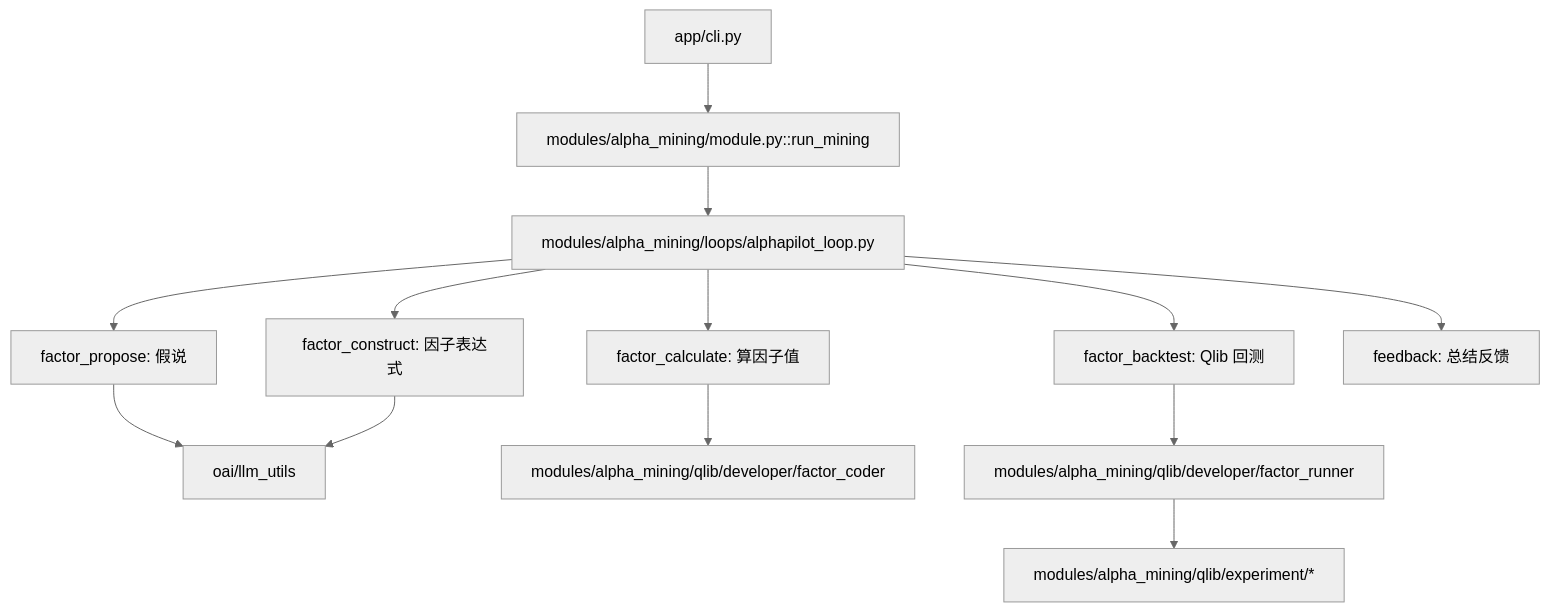
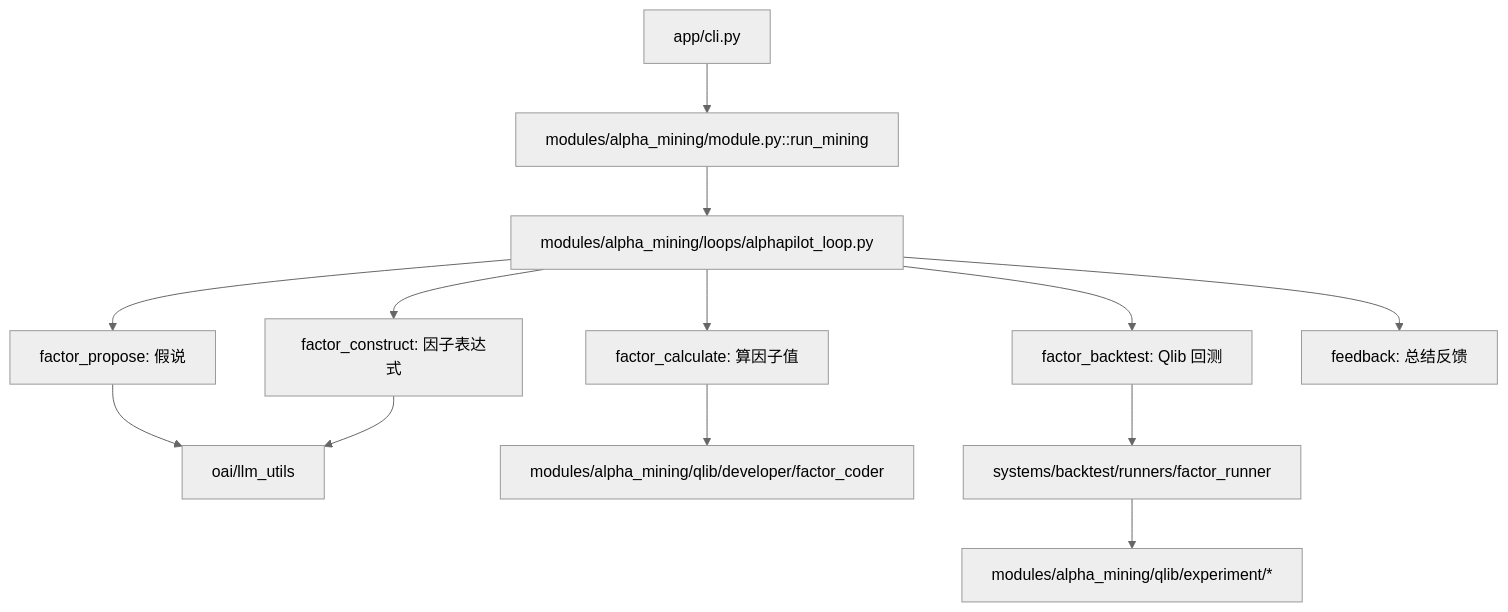
Before and after one commit to ai-yang/AlphaPilot: the first of 2 diagrams in docs/alphapilot-structure.md, drawn with Mermaid (neutral theme). The commit also changed other lines of this file and 45 other files, not shown here.

Commit message:
refactor: migrate alpha_mining components to backtest systems, updating imports and removing deprecated files for improved organization

````diff
--- a/docs/alphapilot-structure.md
+++ b/docs/alphapilot-structure.md
@@ -87,15 +87,15 @@
 ```mermaid
 flowchart TB
     CLI["app/cli.py"] --> Mine["modules/alpha_mining/module.py::run_mining"]
     Mine --> Loop["modules/alpha_mining/loops/alphapilot_loop.py"]
     Loop --> Propose["factor_propose: 假说"]
     Loop --> Construct["factor_construct: 因子表达式"]
     Loop --> Calc["factor_calculate: 算因子值"]
     Loop --> BT["factor_backtest: Qlib 回测"]
     Loop --> FB["feedback: 总结反馈"]
     Propose --> OAI["oai/llm_utils"]
     Construct --> OAI
     Calc --> Coder["modules/alpha_mining/qlib/developer/factor_coder"]
-    BT --> Runner["modules/alpha_mining/qlib/developer/factor_runner"]
+    BT --> Runner["systems/backtest/runners/factor_runner"]
     Runner --> Qlib["modules/alpha_mining/qlib/experiment/*"]
 ```
````
